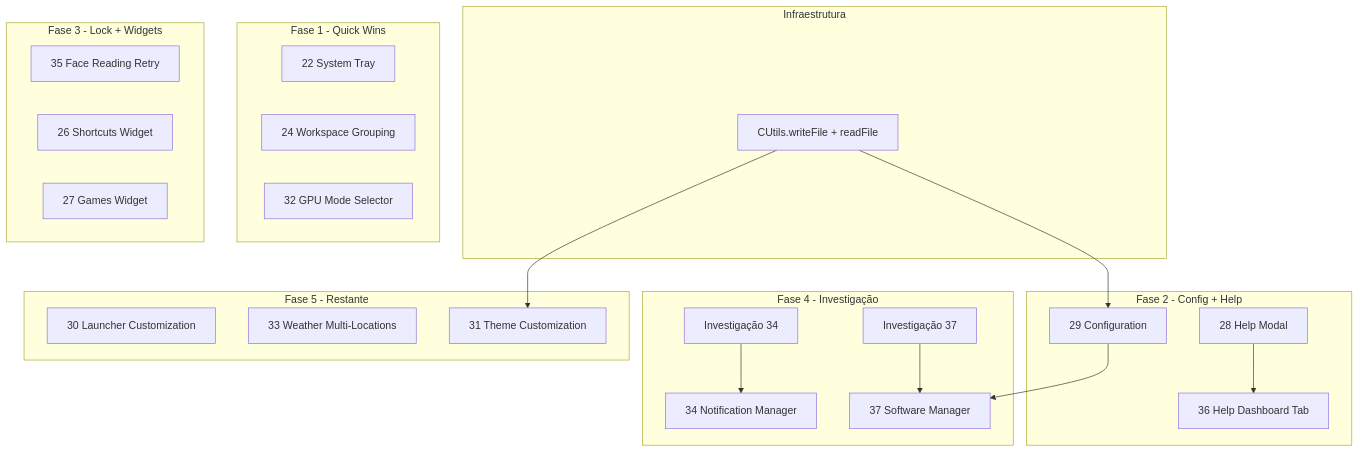
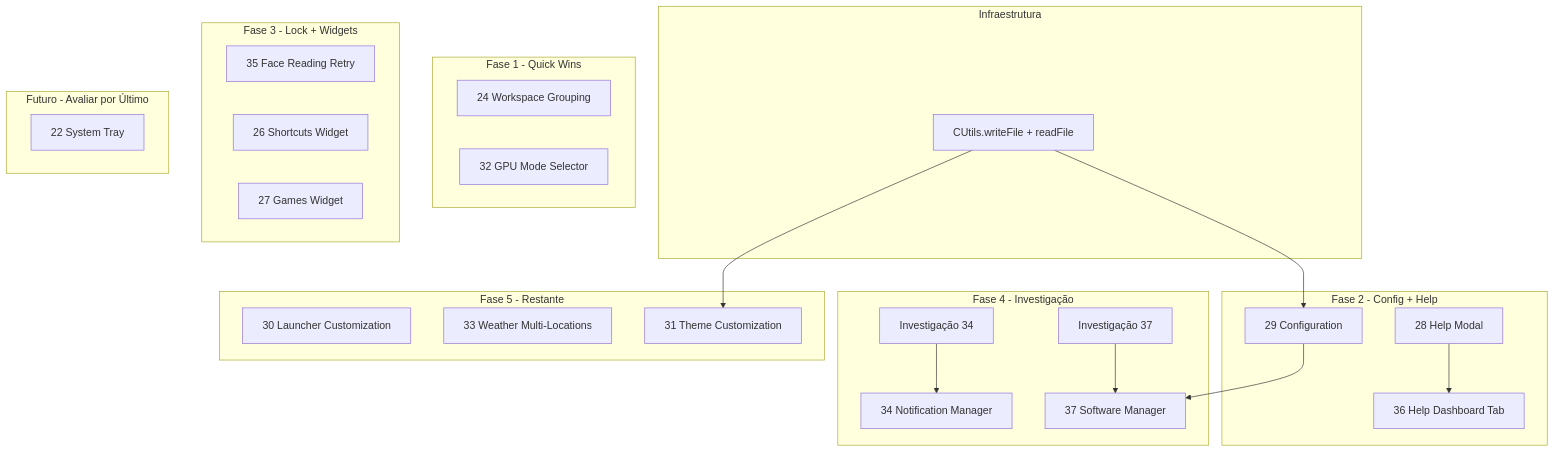
The diagram in docs/plan-and-implementation/00-sequencia-implementacao.md (pereiraoc/shell), drawn with Mermaid before and after one commit. The commit also changed other lines of this file and 11 other files, not shown here.

````diff
--- a/docs/plan-and-implementation/00-sequencia-implementacao.md
+++ b/docs/plan-and-implementation/00-sequencia-implementacao.md
@@ -11,44 +11,47 @@
 ```mermaid
 flowchart TB
     subgraph Infra [Infraestrutura]
         CUtils[CUtils.writeFile + readFile]
     end
     
     subgraph Fase1 [Fase 1 - Quick Wins]
-        P22[22 System Tray]
         P24[24 Workspace Grouping]
         P32[32 GPU Mode Selector]
     end
     
     subgraph Fase2 [Fase 2 - Config + Help]
         P29[29 Configuration]
         P28[28 Help Modal]
         P36[36 Help Dashboard Tab]
     end
     
     subgraph Fase3 [Fase 3 - Lock + Widgets]
         P35[35 Face Reading Retry]
         P26[26 Shortcuts Widget]
         P27[27 Games Widget]
     end
     
     subgraph Fase4 [Fase 4 - Investigação]
         Inv34[Investigação 34]
         P34[34 Notification Manager]
         Inv37[Investigação 37]
         P37[37 Software Manager]
     end
     
     subgraph Fase5 [Fase 5 - Restante]
         P30[30 Launcher Customization]
         P33[33 Weather Multi-Locations]
         P31[31 Theme Customization]
     end
     
+    subgraph Futuro [Futuro - Avaliar por Último]
+        P22[22 System Tray]
+    end
+    
     CUtils --> P29
     CUtils --> P31
     P29 --> P37
     P28 --> P36
     Inv34 --> P34
     Inv37 --> P37
 ```
````
